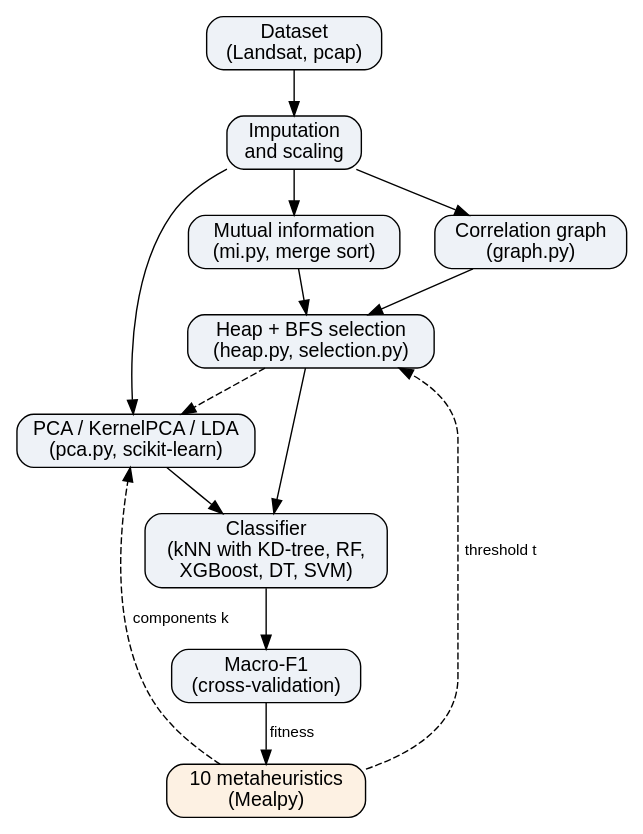
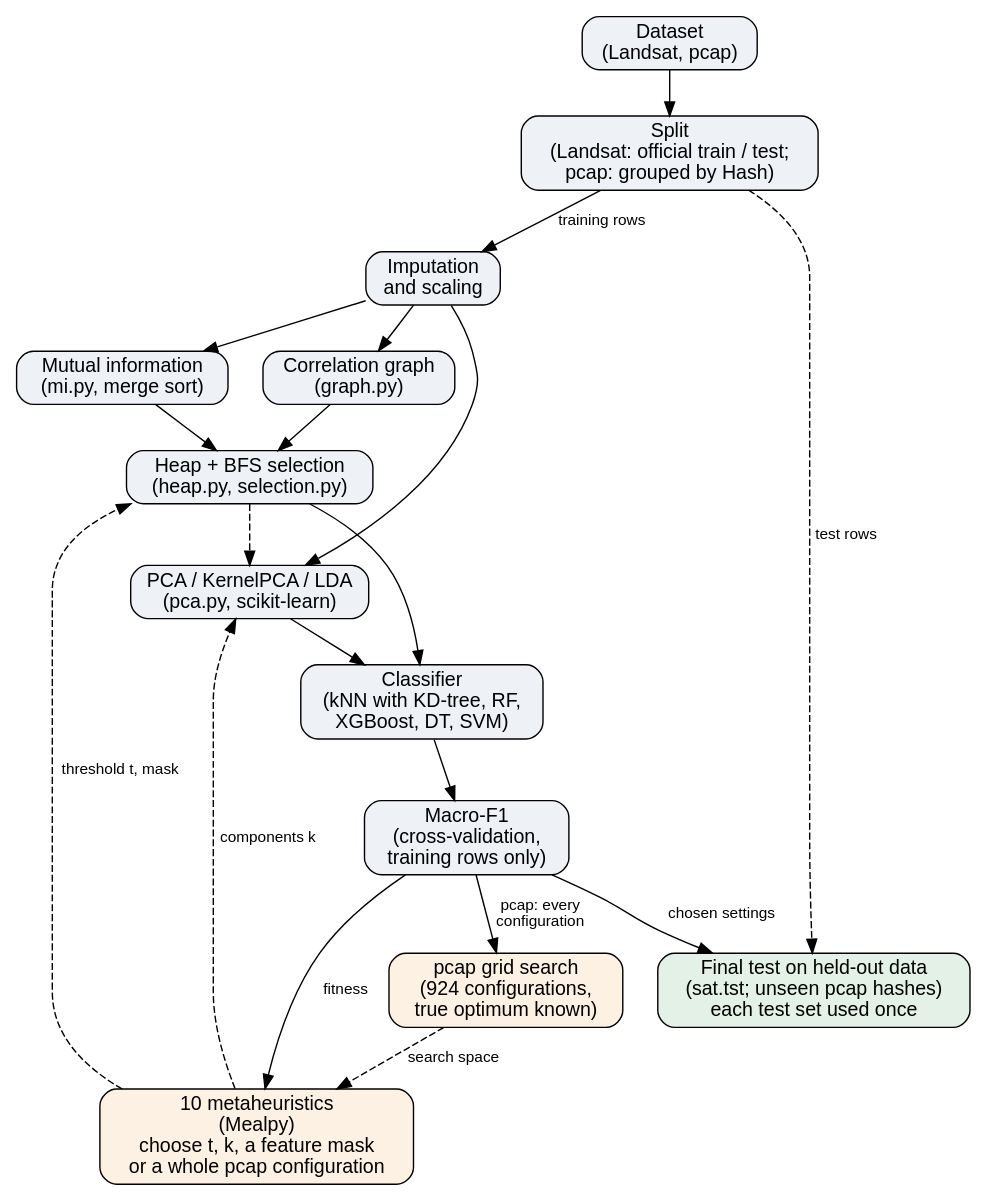
Before and after one commit to mkshitizreddy-ctrl/dsa-landcover-fs-dr: the diagram in app/assets/workflow.dot, drawn with Graphviz. The commit also changed 1 other file, not shown here.

Commit message:
Add the split, the pcap grid path and the single-use test sets to the workflow diagram

```diff
--- a/app/assets/workflow.dot
+++ b/app/assets/workflow.dot
@@ -1,23 +1,32 @@
 digraph {
     rankdir=TB; nodesep=0.35; ranksep=0.45;
     edge [fontname="Helvetica", fontsize=11];
     node [shape=box, style="rounded,filled", fillcolor="#eef2f7", fontname="Helvetica"];
     data [label="Dataset\n(Landsat, pcap)"];
+    split [label="Split\n(Landsat: official train / test;\npcap: grouped by Hash)"];
     scale [label="Imputation\nand scaling"];
     mi [label="Mutual information\n(mi.py, merge sort)"];
     corr [label="Correlation graph\n(graph.py)"];
     heap [label="Heap + BFS selection\n(heap.py, selection.py)"];
     pca [label="PCA / KernelPCA / LDA\n(pca.py, scikit-learn)"];
     clf [label="Classifier\n(kNN with KD-tree, RF,\nXGBoost, DT, SVM)"];
-    score [label="Macro-F1\n(cross-validation)"];
-    mh [label="10 metaheuristics\n(Mealpy)", fillcolor="#fdf1e3"];
-    data -> scale -> mi -> heap;
+    score [label="Macro-F1\n(cross-validation,\ntraining rows only)"];
+    mh [label="10 metaheuristics\n(Mealpy)\nchoose t, k, a feature mask\nor a whole pcap configuration", fillcolor="#fdf1e3"];
+    grid [label="pcap grid search\n(924 configurations,\ntrue optimum known)", fillcolor="#fdf1e3"];
+    final [label="Final test on held-out data\n(sat.tst; unseen pcap hashes)\neach test set used once", fillcolor="#e3f1e6"];
+    data -> split;
+    split -> scale [label="training rows"];
+    scale -> mi -> heap;
     scale -> corr -> heap;
     heap -> clf;
     scale -> pca -> clf;
     heap -> pca [style=dashed];
     clf -> score;
     score -> mh [label="fitness"];
-    mh -> heap [label="threshold t", style=dashed];
+    mh -> heap [label="threshold t, mask", style=dashed];
     mh -> pca [label="components k", style=dashed];
+    score -> grid [label="pcap: every\nconfiguration"];
+    grid -> mh [label="search space", style=dashed];
+    score -> final [label="chosen settings"];
+    split -> final [label="test rows", style=dashed];
 }
```
